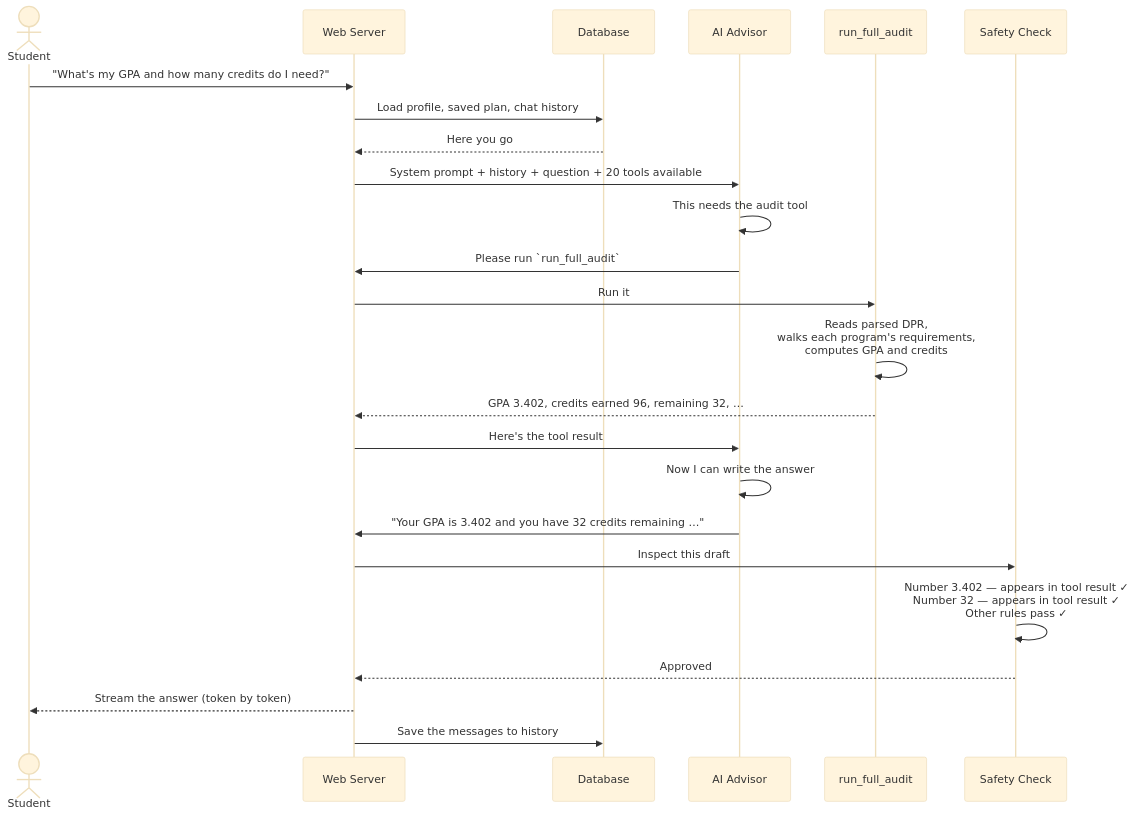
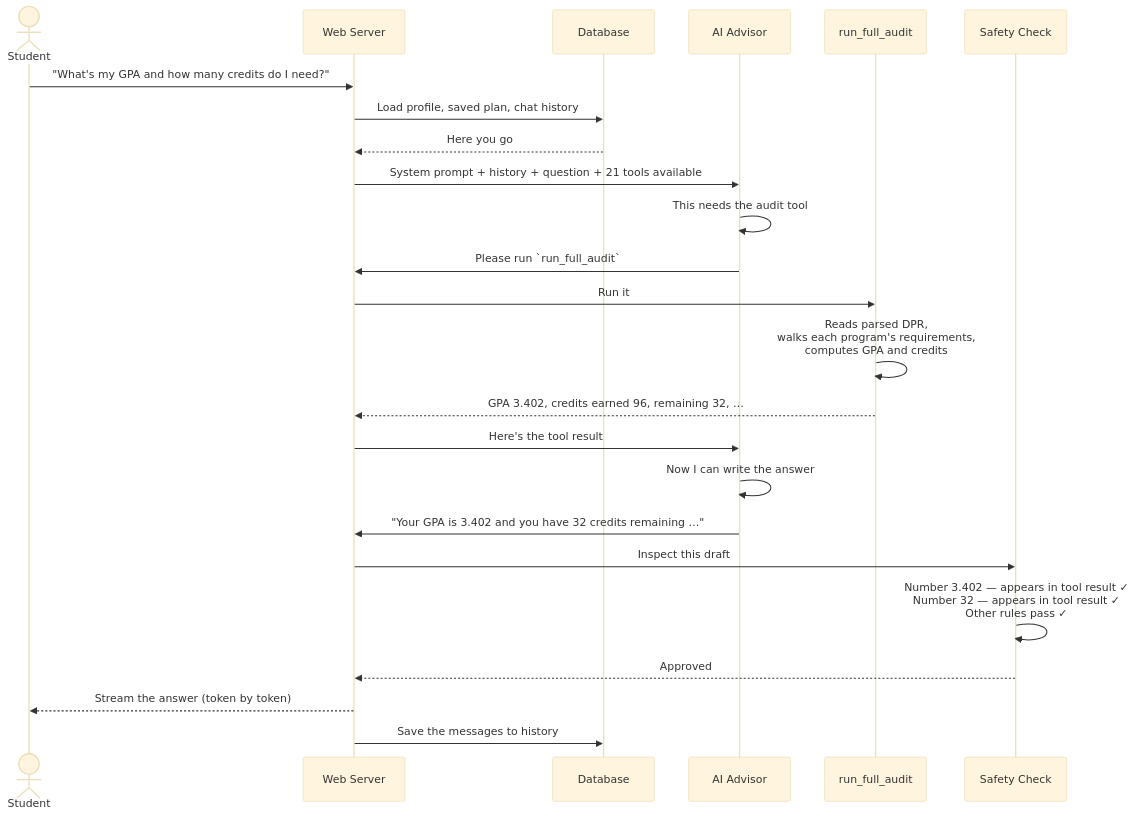
The fifth of 5 diagrams in Docs/current-system/00-overview.md (EdoardoMongardi/NYU_Path), drawn with Mermaid (base theme) before and after one commit. The commit also changed other lines of this file and 8 other files, not shown here.

````diff
--- a/Docs/current-system/00-overview.md
+++ b/Docs/current-system/00-overview.md
@@ -260,27 +260,27 @@
 ```mermaid
 sequenceDiagram
     actor Student
     participant Web as Web Server
     participant DB as Database
     participant Brain as AI Advisor
     participant Tool as run_full_audit
     participant Check as Safety Check
 
     Student->>Web: "What's my GPA and how many credits do I need?"
     Web->>DB: Load profile, saved plan, chat history
     DB-->>Web: Here you go
-    Web->>Brain: System prompt + history + question + 20 tools available
+    Web->>Brain: System prompt + history + question + 21 tools available
     Brain->>Brain: This needs the audit tool
     Brain->>Web: Please run `run_full_audit`
     Web->>Tool: Run it
     Tool->>Tool: Reads parsed DPR,<br/>walks each program's requirements,<br/>computes GPA and credits
     Tool-->>Web: GPA 3.402, credits earned 96, remaining 32, …
     Web->>Brain: Here's the tool result
     Brain->>Brain: Now I can write the answer
     Brain->>Web: "Your GPA is 3.402 and you have 32 credits remaining …"
     Web->>Check: Inspect this draft
     Check->>Check: Number 3.402 — appears in tool result ✓<br/>Number 32 — appears in tool result ✓<br/>Other rules pass ✓
     Check-->>Web: Approved
     Web-->>Student: Stream the answer (token by token)
     Web->>DB: Save the messages to history
 ```
````
